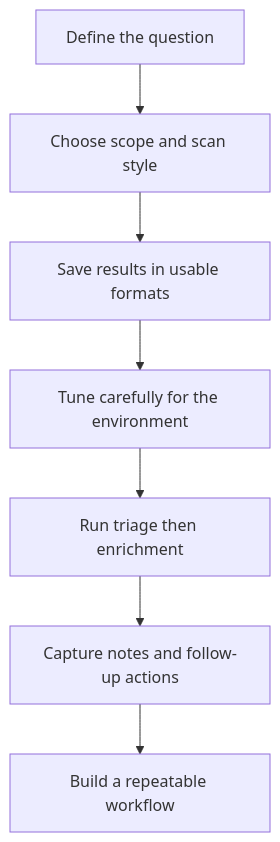
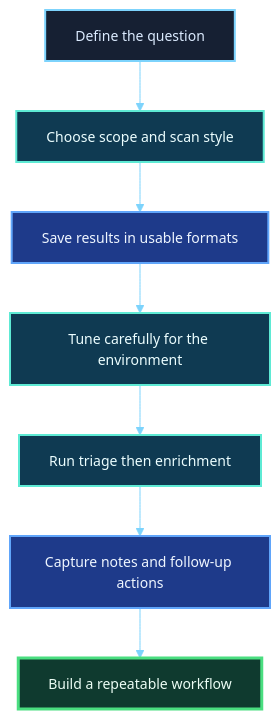
One commit to route2shell/hack-the-basics changed the first of 6 diagrams in modules/02-enumeration-using-nmap/lessons/module-02-lesson-2-5-saving-results-tuning-scans-and-building-a-repeatable-nmap-workflow.md. Above: the diagram before and after it, drawn with Mermaid. The commit also changed other lines of this file and 9 other files, not shown here.

````diff
--- a/modules/02-enumeration-using-nmap/lessons/module-02-lesson-2-5-saving-results-tuning-scans-and-building-a-repeatable-nmap-workflow.md
+++ b/modules/02-enumeration-using-nmap/lessons/module-02-lesson-2-5-saving-results-tuning-scans-and-building-a-repeatable-nmap-workflow.md
@@ -81,9 +81,20 @@
 ```mermaid
+%%{init: {"theme":"base","flowchart":{"curve":"basis","htmlLabels":true},"themeVariables":{"fontSize":"14px","primaryTextColor":"#e5eef8","lineColor":"#7dd3fc","primaryColor":"#0f172a","clusterBkg":"#0b1220","clusterBorder":"#334155"}}}%%
 flowchart TD
-    A[Define the question] --> B[Choose scope and scan style]
-    B --> C[Save results in usable formats]
-    C --> D[Tune carefully for the environment]
-    D --> E[Run triage then enrichment]
-    E --> F[Capture notes and follow-up actions]
-    F --> G[Build a repeatable workflow]
+    A["Define the question"] --> B["Choose scope and scan style"]
+    B --> C["Save results in usable formats"]
+    C --> D["Tune carefully for the environment"]
+    D --> E["Run triage then enrichment"]
+    E --> F["Capture notes and follow-up actions"]
+    F --> G["Build a repeatable workflow"]
+
+    classDef foundation fill:#162033,stroke:#7dd3fc,color:#dbeafe,stroke-width:2px;
+    classDef action fill:#0f3a52,stroke:#5eead4,color:#ecfeff,stroke-width:2px;
+    classDef artifact fill:#1e3a8a,stroke:#60a5fa,color:#eff6ff,stroke-width:2px;
+    classDef outcome fill:#0f3a2f,stroke:#4ade80,color:#ecfdf5,stroke-width:3px;
+
+    class A foundation;
+    class B,D,E action;
+    class C,F artifact;
+    class G outcome;
 ```
````
